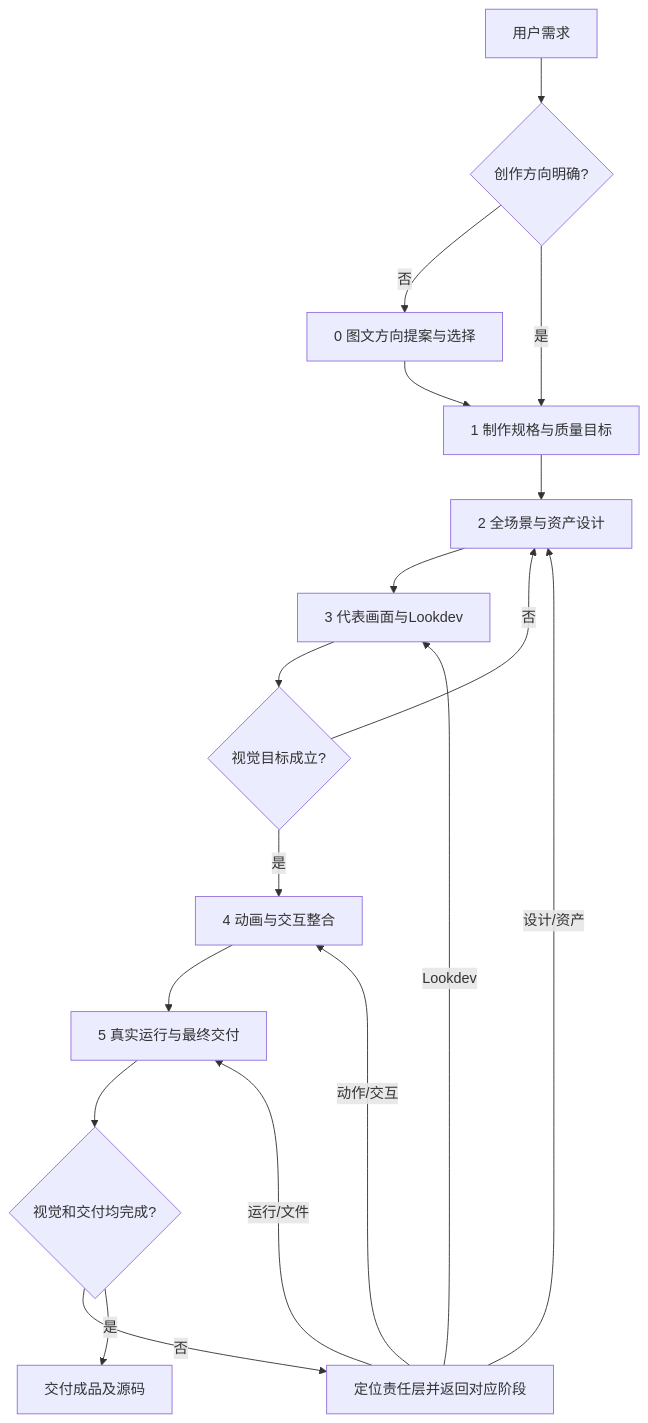
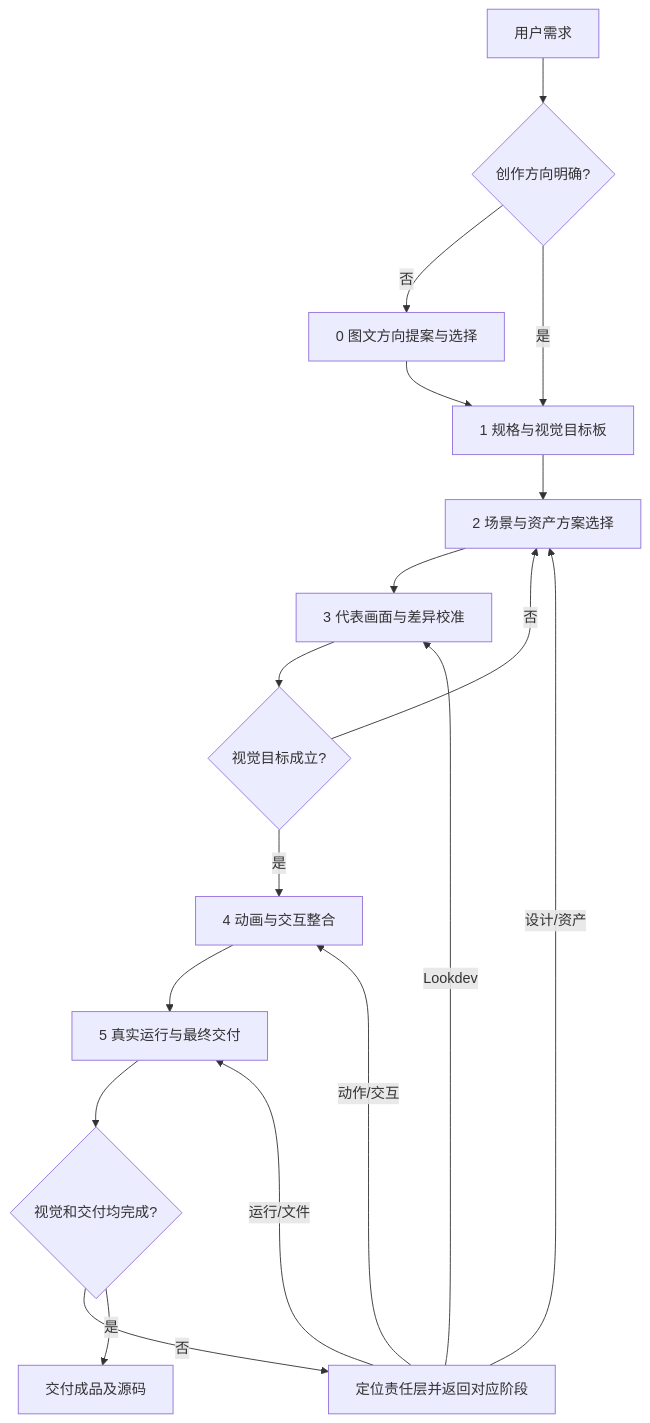
One commit to keycasiter/threejs-anime-short changed the diagram in SKILL.md. Above: the diagram before and after it, drawn with Mermaid. The commit also changed other lines of this file and 6 other files, not shown here.

````diff
--- a/SKILL.md
+++ b/SKILL.md
@@ -28,20 +28,20 @@
 ```mermaid
 flowchart TD
   A[用户需求] --> B{创作方向明确?}
   B -- 否 --> C[0 图文方向提案与选择]
-  B -- 是 --> D[1 制作规格与质量目标]
+  B -- 是 --> D[1 规格与视觉目标板]
   C --> D
-  D --> E[2 全场景与资产设计]
-  E --> F[3 代表画面与Lookdev]
+  D --> E[2 场景与资产方案选择]
+  E --> F[3 代表画面与差异校准]
   F --> G{视觉目标成立?}
   G -- 否 --> E
   G -- 是 --> H[4 动画与交互整合]
   H --> I[5 真实运行与最终交付]
   I --> J{视觉和交付均完成?}
   J -- 否 --> K[定位责任层并返回对应阶段]
   K -->|设计/资产| E
   K -->|Lookdev| F
   K -->|动作/交互| H
   K -->|运行/文件| I
   J -- 是 --> L[交付成品及源码]
 ```
````
